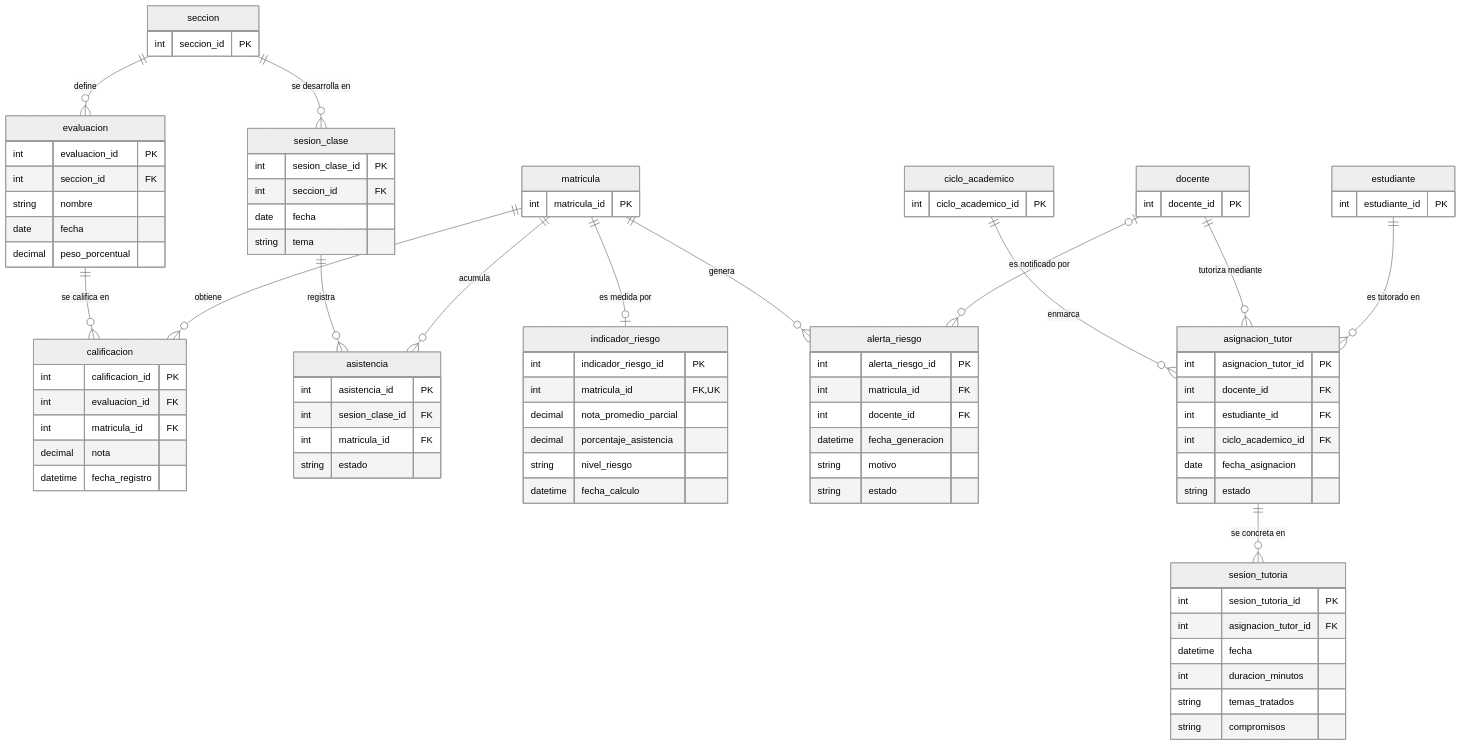
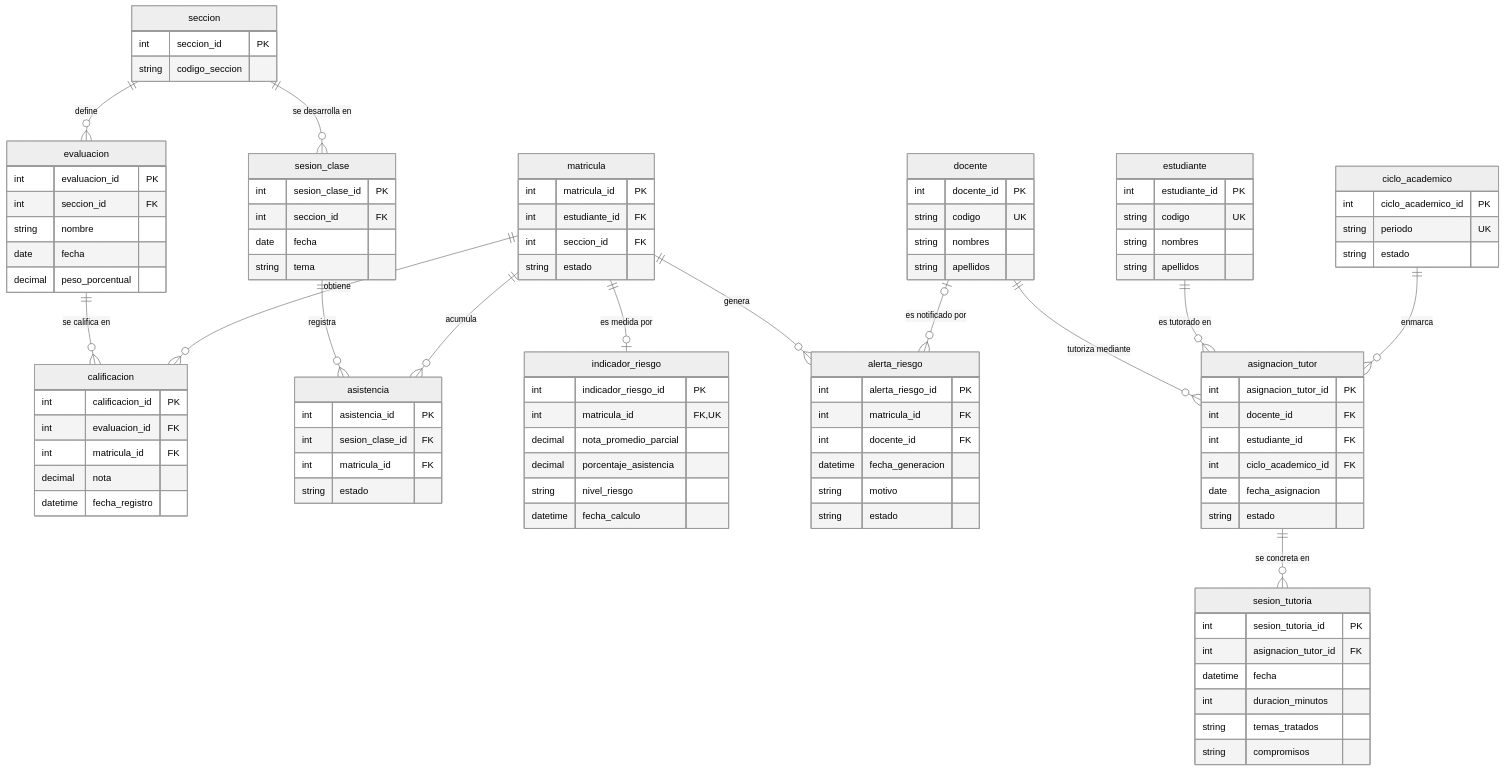
One commit to Marco-Gomez06/UNI-pre-202602-SW609-Grupo3 changed the diagram in 3/3.3/3.3.1/3.3.1.4/3.3.1.4.md. Above: the diagram before and after it, drawn with Mermaid (neutral theme). The commit also changed other lines of this file and 11 other files, not shown here.

Commit message:
fix de diagramas

````diff
--- a/3/3.3/3.3.1/3.3.1.4/3.3.1.4.md
+++ b/3/3.3/3.3.1/3.3.1.4/3.3.1.4.md
@@ -64,22 +68,34 @@
         string temas_tratados
         string compromisos
     }
-    ciclo_academico {
-        int ciclo_academico_id PK
-    }
     seccion {
         int seccion_id PK
+        string codigo_seccion
     }
     matricula {
         int matricula_id PK
+        int estudiante_id FK
+        int seccion_id FK
+        string estado
     }
     docente {
         int docente_id PK
+        string codigo UK
+        string nombres
+        string apellidos
     }
     estudiante {
         int estudiante_id PK
+        string codigo UK
+        string nombres
+        string apellidos
     }
-    ciclo_academico ||--o{ asignacion_tutor : "enmarca"
+    ciclo_academico {
+        int ciclo_academico_id PK
+        string periodo UK
+        string estado
+    }
+
     seccion ||--o{ evaluacion : "define"
     evaluacion ||--o{ calificacion : "se califica en"
     matricula ||--o{ calificacion : "obtiene"
@@ -91,5 +107,6 @@
     docente |o--o{ alerta_riesgo : "es notificado por"
     docente ||--o{ asignacion_tutor : "tutoriza mediante"
     estudiante ||--o{ asignacion_tutor : "es tutorado en"
+    ciclo_academico ||--o{ asignacion_tutor : "enmarca"
     asignacion_tutor ||--o{ sesion_tutoria : "se concreta en"
 ```
````
